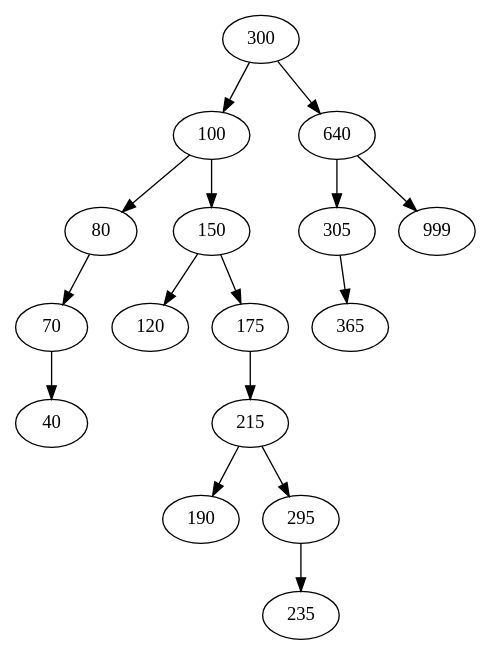
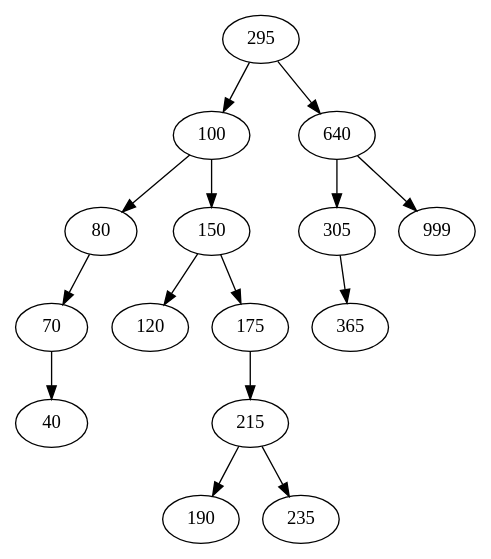
One commit to Samashoas/202109705_Proyecto_EDD changed the diagram in cmake-build-debug/grafica_arbol.dot. Above: the diagram before and after it, drawn with Graphviz. The commit also changed 26 other files, not shown here.

```diff
--- a/cmake-build-debug/grafica_arbol.dot
+++ b/cmake-build-debug/grafica_arbol.dot
@@ -1,2 +1,2 @@
 digraph G { 
-300->100;100->80;80->70;70->40;100->150;150->120;150->175;175->215;215->190;215->295;295->235;300->640;640->305;305->365;640->999; }
+295->100;100->80;80->70;70->40;100->150;150->120;150->175;175->215;215->190;215->235;295->640;640->305;305->365;640->999; }
```
